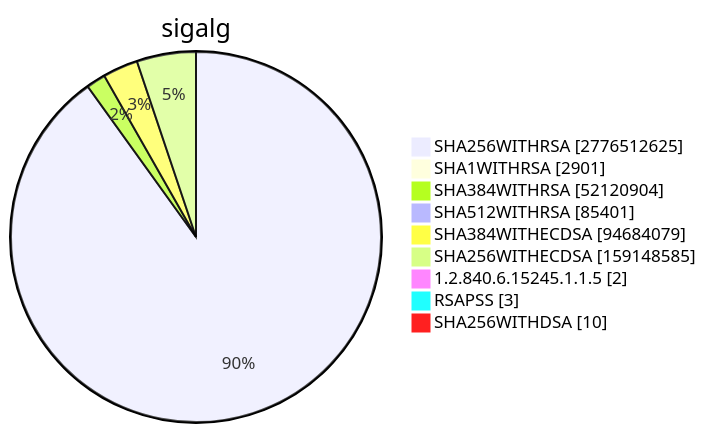
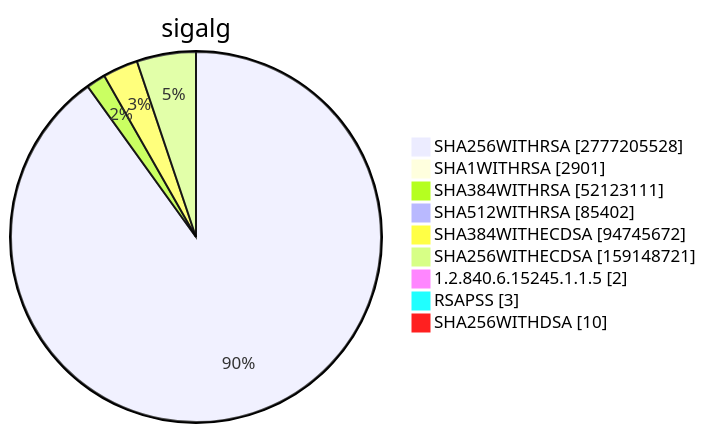
Before and after one commit to christiankrug/ctmonitor_visualization: diagram 15 of 15 in TOTAL/README.md, drawn with Mermaid. The commit also changed other lines of this file, not shown here.

````diff
--- a/TOTAL/README.md
+++ b/TOTAL/README.md
@@ -6205,13 +6205,13 @@
 ```mermaid
 pie showData
 title sigalg
-"SHA256WITHRSA" :2776512625
+"SHA256WITHRSA" :2777205528
 "SHA1WITHRSA" :2901
-"SHA384WITHRSA" :52120904
-"SHA512WITHRSA" :85401
-"SHA384WITHECDSA" :94684079
-"SHA256WITHECDSA" :159148585
+"SHA384WITHRSA" :52123111
+"SHA512WITHRSA" :85402
+"SHA384WITHECDSA" :94745672
+"SHA256WITHECDSA" :159148721
 "1.2.840.6.15245.1.1.5" :2
 "RSAPSS" :3
 "SHA256WITHDSA" :10
 ```
````
